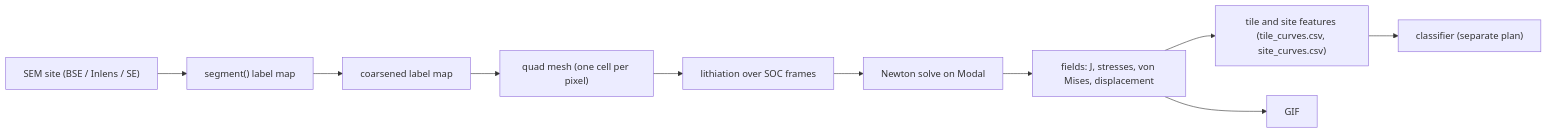
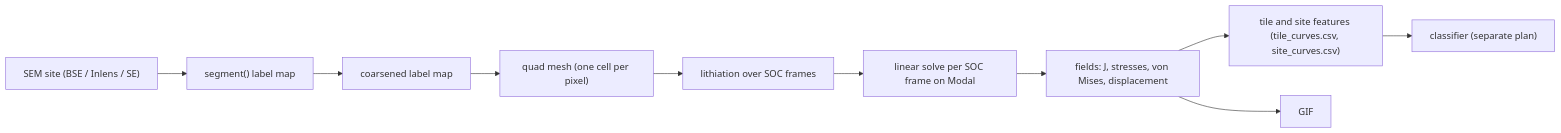
Before and after one commit to jkz22/PMDB: the diagram in docs/fem/method.md, drawn with Mermaid. The commit also changed other lines of this file and 9 other files, not shown here.

````diff
--- a/docs/fem/method.md
+++ b/docs/fem/method.md
@@ -7,12 +7,12 @@
 ```mermaid
 flowchart LR
     A["SEM site (BSE / Inlens / SE)"] --> B["segment() label map"]
     B --> C["coarsened label map"]
     C --> D["quad mesh (one cell per pixel)"]
     D --> E["lithiation over SOC frames"]
-    E --> F["Newton solve on Modal"]
+    E --> F["linear solve per SOC frame on Modal"]
     F --> G["fields: J, stresses, von Mises, displacement"]
     G --> H["tile and site features (tile_curves.csv, site_curves.csv)"]
     H --> I["classifier (separate plan)"]
     G --> J["GIF"]
 ```
````
